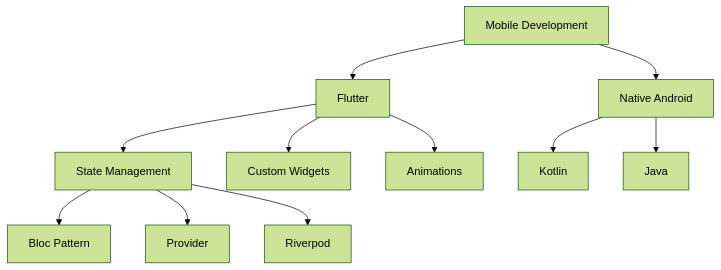
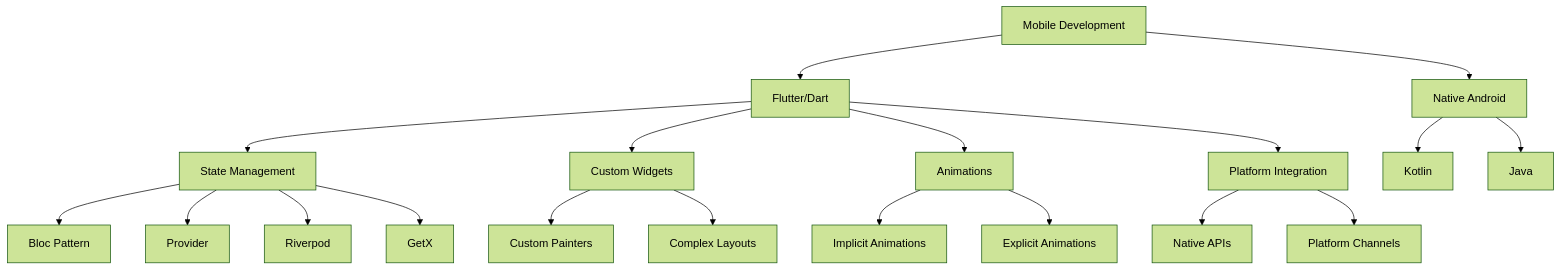
Before and after one commit to Udai-Senevirathne/Udai-Senevirathne: the diagram in README.md, drawn with Mermaid (forest theme). The commit also changed other lines of this file, not shown here.

````diff
--- a/README.md
+++ b/README.md
@@ -167,13 +238,21 @@
 ```mermaid
 graph TD
-    A[Mobile Development] --> B[Flutter]
+    A[Mobile Development] --> B[Flutter/Dart]
     A --> C[Native Android]
     B --> D[State Management]
     B --> E[Custom Widgets]
     B --> F[Animations]
-    C --> G[Kotlin]
-    C --> H[Java]
-    D --> I[Bloc Pattern]
-    D --> J[Provider]
-    D --> K[Riverpod]
+    B --> G[Platform Integration]
+    C --> H[Kotlin]
+    C --> I[Java]
+    D --> J[Bloc Pattern]
+    D --> K[Provider]
+    D --> L[Riverpod]
+    D --> M[GetX]
+    E --> N[Custom Painters]
+    E --> O[Complex Layouts]
+    F --> P[Implicit Animations]
+    F --> Q[Explicit Animations]
+    G --> R[Native APIs]
+    G --> S[Platform Channels]
 ```
````
